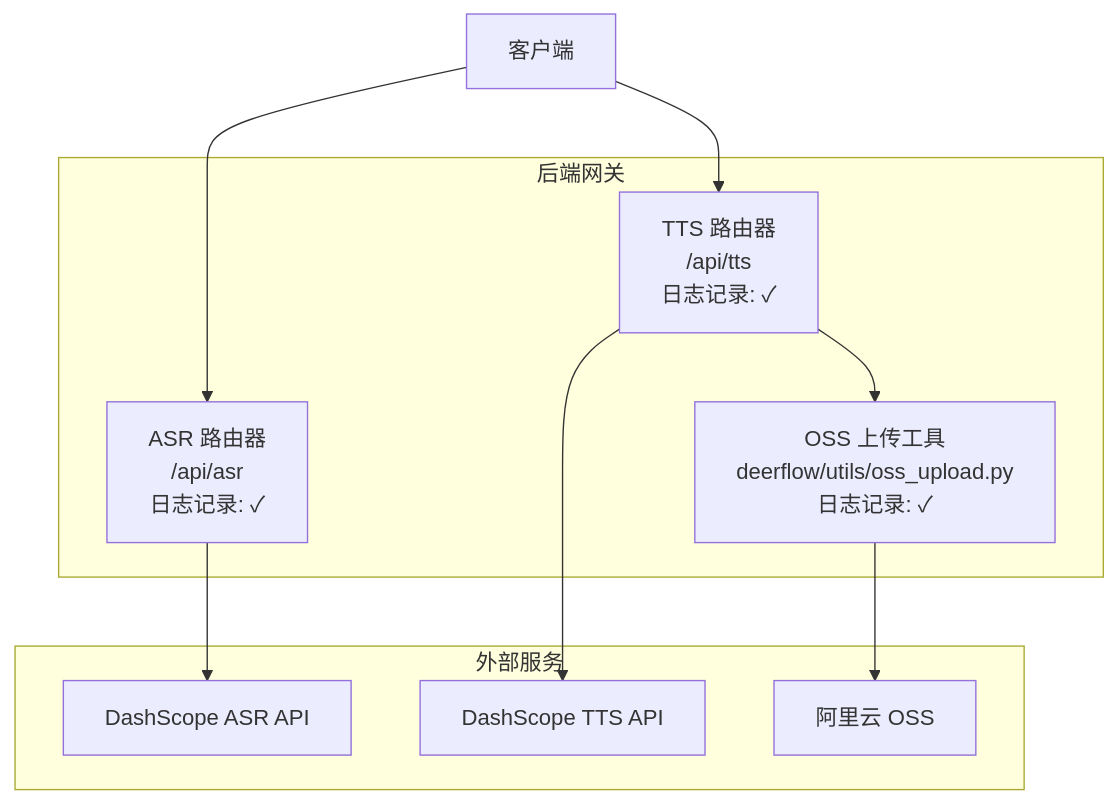
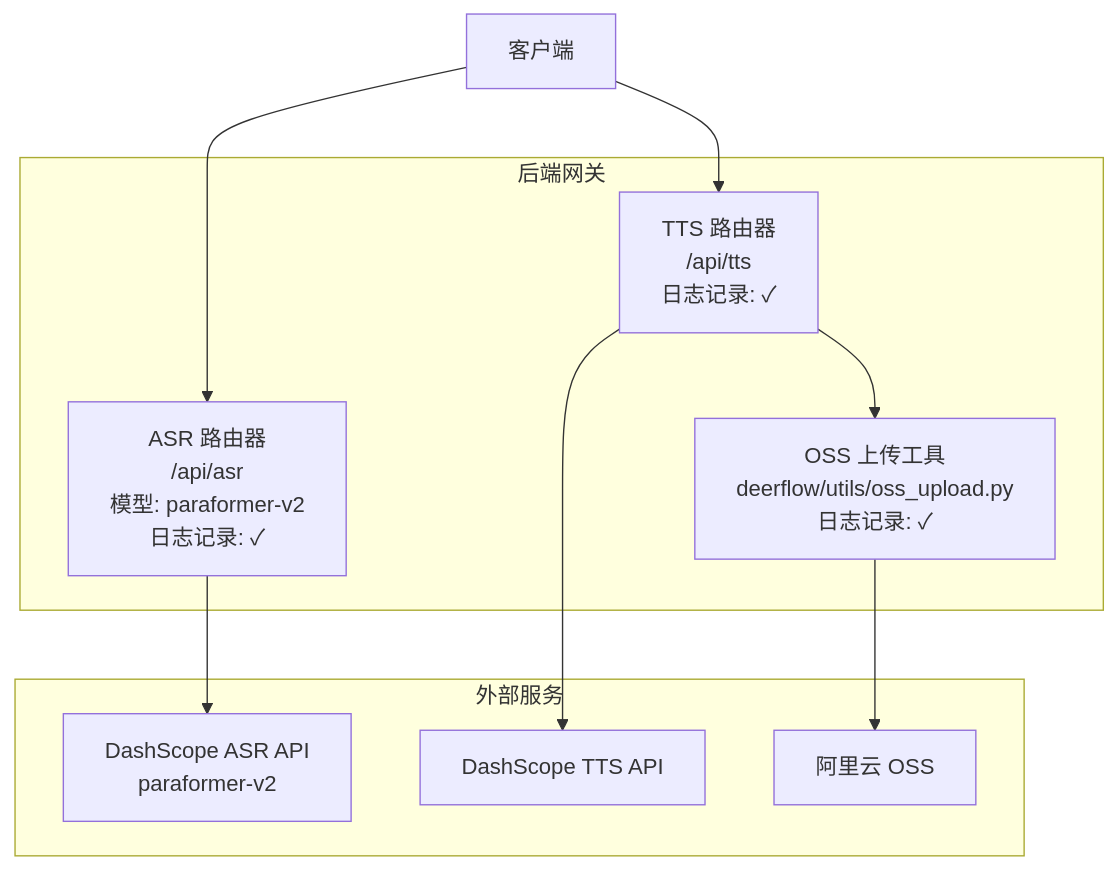
Before and after one commit to hbxfhrg/deer-flow: the first of 6 diagrams in .qoder/repowiki/zh/content/架构设计/核心组件详解/网关 API/语音转文字路由器.md, drawn with Mermaid. The commit also changed other lines of this file and 4 other files, not shown here.

````diff
--- a/.qoder/repowiki/zh/content/架构设计/核心组件详解/网关 API/语音转文字路由器.md
+++ b/.qoder/repowiki/zh/content/架构设计/核心组件详解/网关 API/语音转文字路由器.md
@@ -47,19 +52,19 @@
 ```mermaid
 graph TB
 subgraph "后端网关"
-R1["ASR 路由器<br/>/api/asr<br/>日志记录: ✓"]
+R1["ASR 路由器<br/>/api/asr<br/>模型: paraformer-v2<br/>日志记录: ✓"]
 R2["TTS 路由器<br/>/api/tts<br/>日志记录: ✓"]
 U1["OSS 上传工具<br/>deerflow/utils/oss_upload.py<br/>日志记录: ✓"]
 end
 subgraph "外部服务"
-D1["DashScope ASR API"]
+D1["DashScope ASR API<br/>paraformer-v2"]
 D2["DashScope TTS API"]
 O1["阿里云 OSS"]
 end
 C1["客户端"] --> R1
 C1 --> R2
 R1 --> D1
 R2 --> D2
 R2 --> U1
 U1 --> O1
 ```
````
